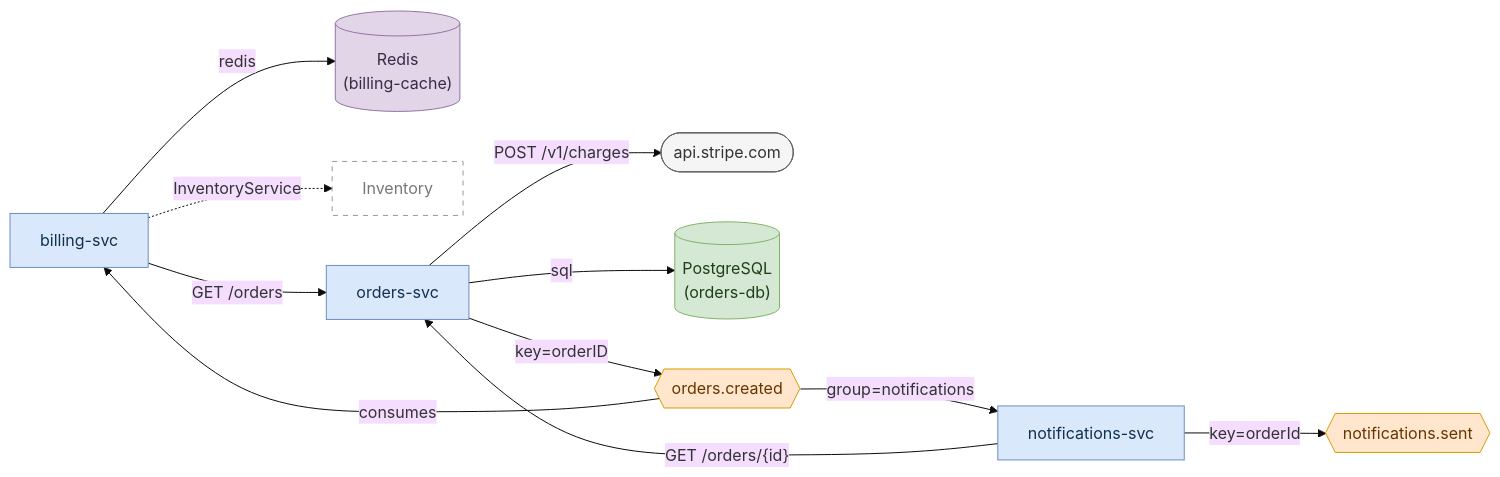
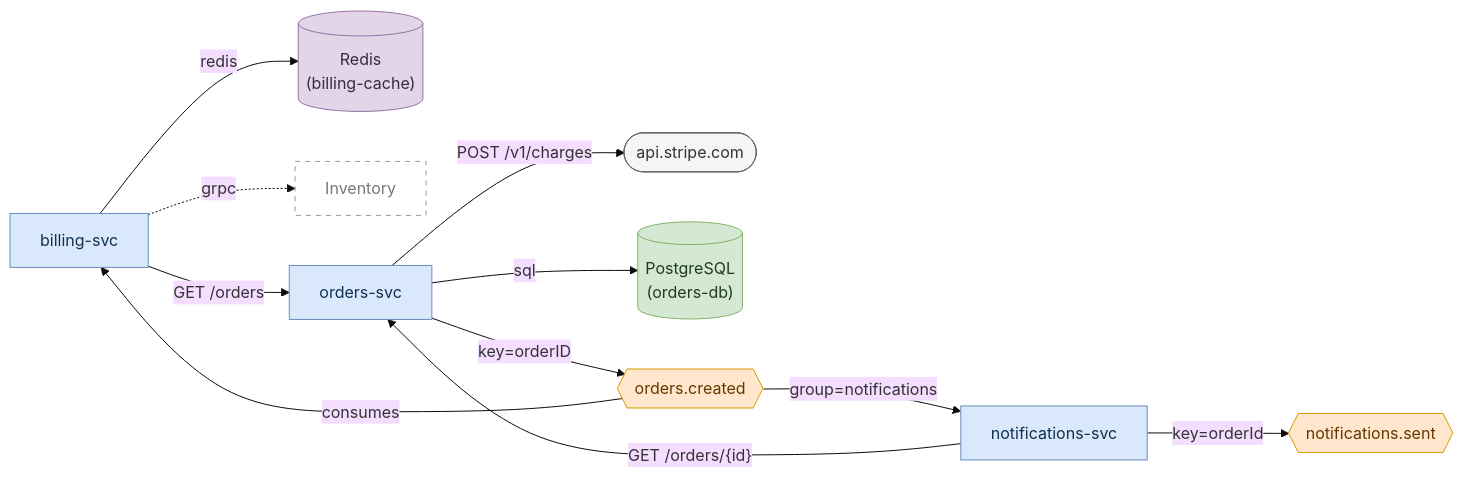
Before and after one commit to arav7781/service-topology: the diagram in examples/sample-master-topology.md, drawn with Mermaid (base theme). The commit also changed 55 other files, not shown here.

Commit message:
Overlapping text fix in diagrams

````diff
--- a/examples/sample-master-topology.md
+++ b/examples/sample-master-topology.md
@@ -37,36 +37,36 @@
 ```mermaid
 flowchart LR
   n0(["api.stripe.com"])
   n1[("Redis<br/>(billing-cache)")]
   n2["billing-svc"]
   n3["Inventory"]
   n4["notifications-svc"]
   n5{{"notifications.sent"}}
   n6[("PostgreSQL<br/>(orders-db)")]
   n7["orders-svc"]
   n8{{"orders.created"}}
 
   n2 -->|"redis"| n1
-  n2 -.->|"InventoryService"| n3
+  n2 -.->|"grpc"| n3
   n2 -->|"GET /orders"| n7
   n4 -->|"key=orderId"| n5
   n4 -->|"GET /orders/{id}"| n7
   n7 -->|"POST /v1/charges"| n0
   n7 -->|"sql"| n6
   n7 -->|"key=orderID"| n8
   n8 -->|"consumes"| n2
   n8 -->|"group=notifications"| n4
 
   classDef service fill:#dae8fc,stroke:#6c8ebf,color:#10314f;
   classDef topic fill:#ffe6cc,stroke:#d79b00,color:#653700;
   classDef datastore fill:#d5e8d4,stroke:#82b366,color:#1f3d18;
   classDef cache fill:#e1d5e7,stroke:#9673a6,color:#3b2a45;
   classDef external_api fill:#f5f5f5,stroke:#666666,color:#333333;
   classDef referenced_only fill:none,stroke:#999999,color:#777777,stroke-dasharray:5 5;
   class n1 cache;
   class n6 datastore;
   class n0 external_api;
   class n3 referenced_only;
   class n2,n4,n7 service;
   class n5,n8 topic;
 ```
````
